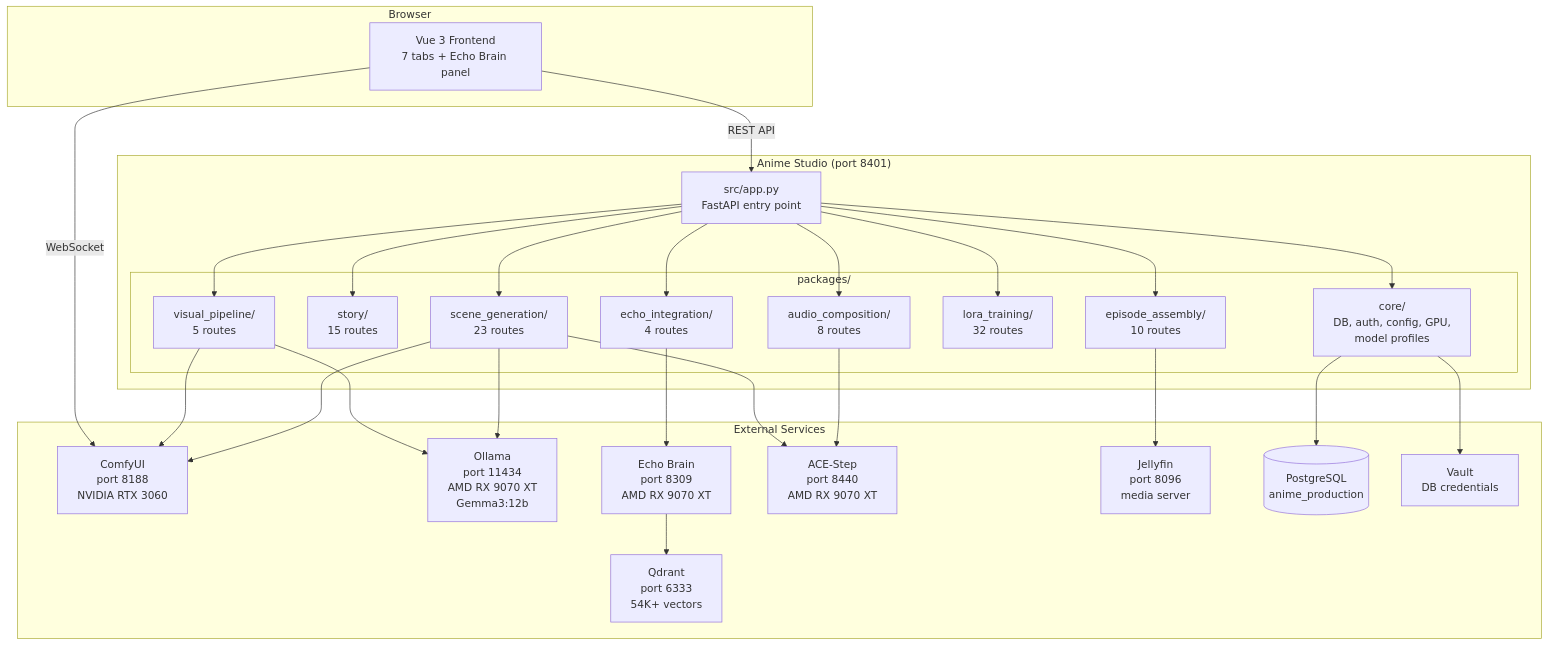
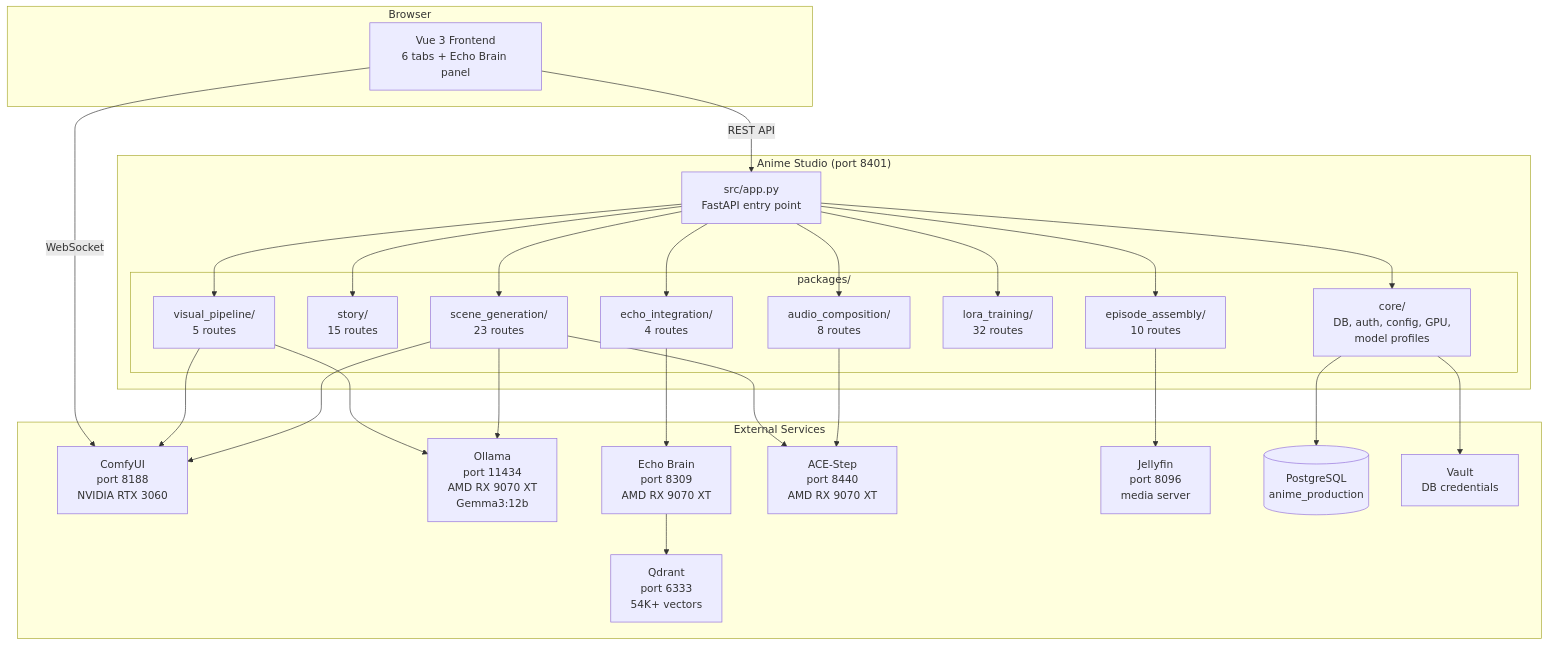
Before and after one commit to pvestal/tower-anime-production: the first of 11 diagrams in ARCHITECTURE.md, drawn with Mermaid. The commit also changed other lines of this file and 1 other file, not shown here.

First line of the commit message:
docs: update ARCHITECTURE.md for v0.3.6

````diff
--- a/ARCHITECTURE.md
+++ b/ARCHITECTURE.md
@@ -5,55 +5,55 @@
 ```mermaid
 graph TB
     subgraph Browser
-        UI[Vue 3 Frontend<br/>7 tabs + Echo Brain panel]
+        UI[Vue 3 Frontend<br/>6 tabs + Echo Brain panel]
     end
 
     subgraph "Anime Studio (port 8401)"
         APP[src/app.py<br/>FastAPI entry point]
 
         subgraph "packages/"
             CORE[core/<br/>DB, auth, config, GPU,<br/>model profiles]
             STORY[story/<br/>15 routes]
             VIS[visual_pipeline/<br/>5 routes]
             SCENE[scene_generation/<br/>23 routes]
             EPISODE[episode_assembly/<br/>10 routes]
             TRAIN[lora_training/<br/>32 routes]
             AUDIO[audio_composition/<br/>8 routes]
             ECHO_PKG[echo_integration/<br/>4 routes]
         end
 
         APP --> CORE
         APP --> STORY
         APP --> VIS
         APP --> SCENE
         APP --> EPISODE
         APP --> TRAIN
         APP --> AUDIO
         APP --> ECHO_PKG
     end
 
     subgraph "External Services"
         ComfyUI[ComfyUI<br/>port 8188<br/>NVIDIA RTX 3060]
         Ollama[Ollama<br/>port 11434<br/>AMD RX 9070 XT<br/>Gemma3:12b]
         Echo[Echo Brain<br/>port 8309<br/>AMD RX 9070 XT]
         ACEStep[ACE-Step<br/>port 8440<br/>AMD RX 9070 XT]
         Jellyfin[Jellyfin<br/>port 8096<br/>media server]
         Qdrant[Qdrant<br/>port 6333<br/>54K+ vectors]
         PG[(PostgreSQL<br/>anime_production)]
         Vault[Vault<br/>DB credentials]
     end
 
     UI -->|REST API| APP
     UI -->|WebSocket| ComfyUI
     VIS --> ComfyUI
     VIS --> Ollama
     SCENE --> ComfyUI
     SCENE --> Ollama
     SCENE --> ACEStep
     AUDIO --> ACEStep
     EPISODE --> Jellyfin
     ECHO_PKG --> Echo
     CORE --> PG
     CORE --> Vault
     Echo --> Qdrant
 ```
````
